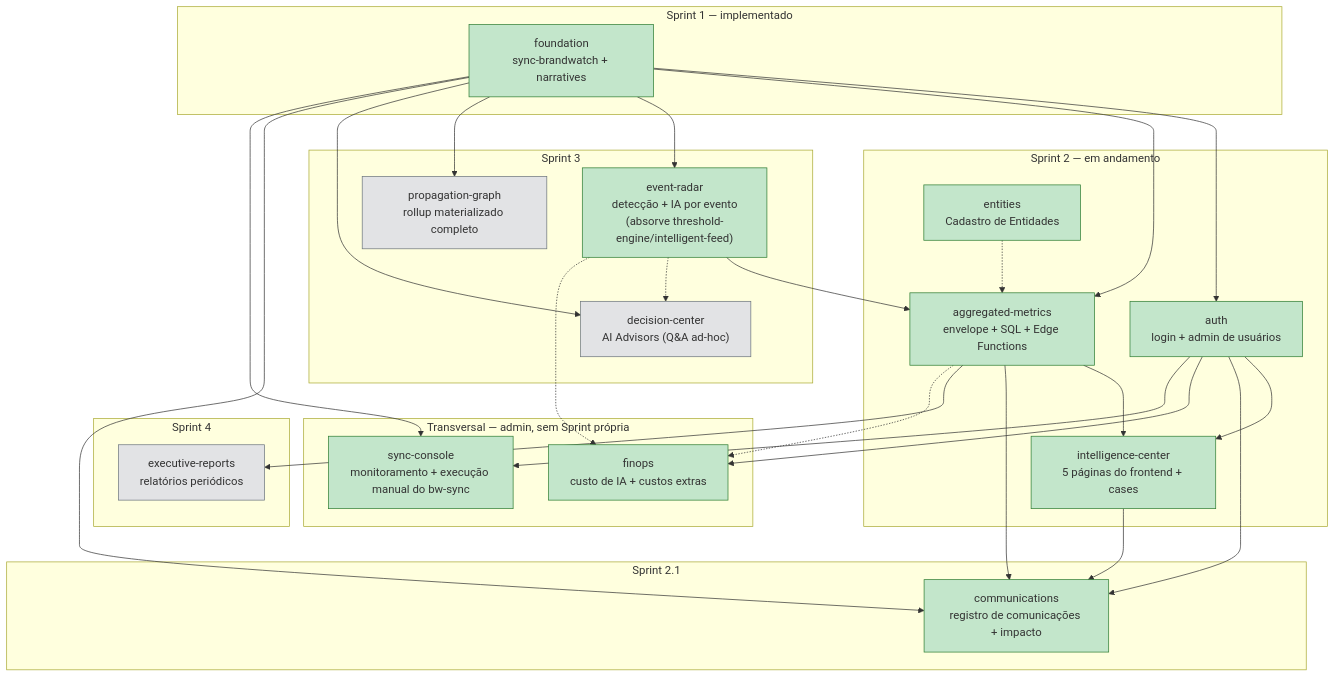
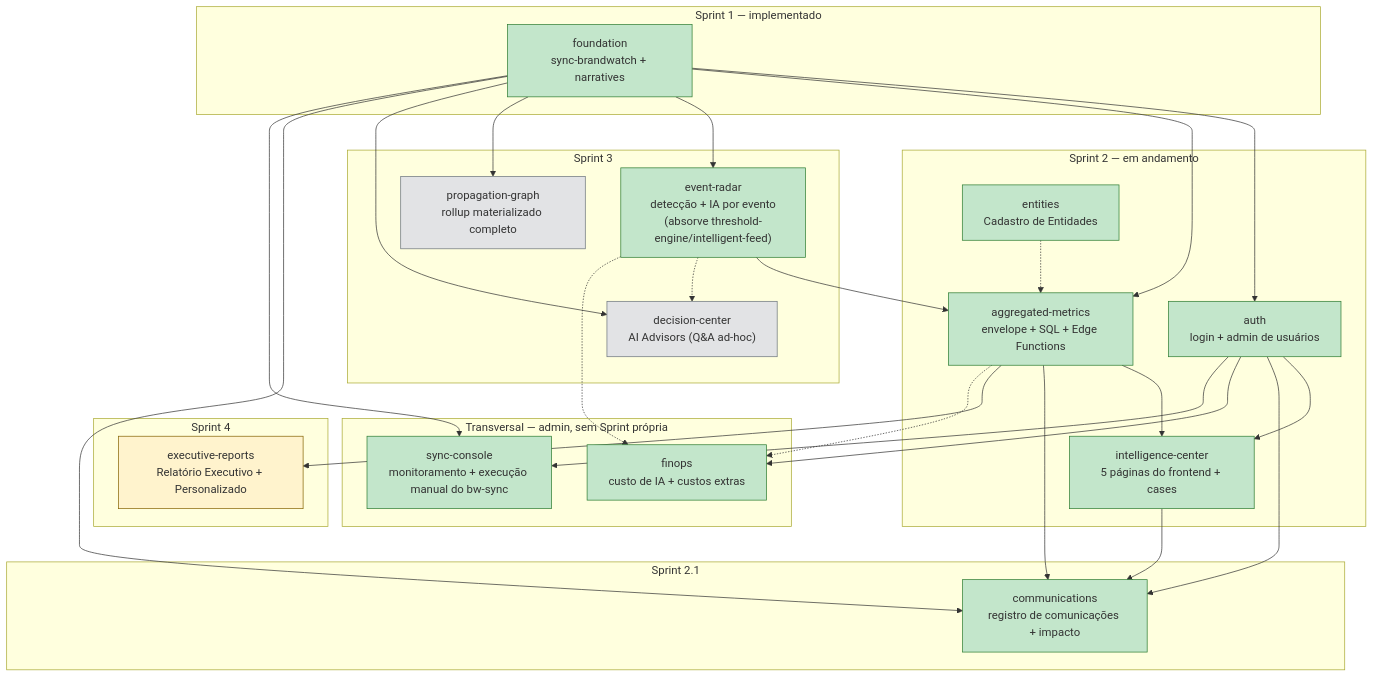
Before and after one commit to reputationcustom/dev-reputation: the diagram in .dev/specs/_architecture.md, drawn with Mermaid. The commit also changed other lines of this file and 25 other files, not shown here.

````diff
--- a/.dev/specs/_architecture.md
+++ b/.dev/specs/_architecture.md
@@ -20,72 +20,72 @@
 ```mermaid
 graph TD
     subgraph SPRINT1["Sprint 1 — implementado"]
         FOUNDATION["foundation<br/>sync-brandwatch + narratives"]
     end
 
     subgraph SPRINT2["Sprint 2 — em andamento"]
         AUTH["auth<br/>login + admin de usuários"]
         AGGMETRICS["aggregated-metrics<br/>envelope + SQL + Edge Functions"]
         INTEL["intelligence-center<br/>5 páginas do frontend + cases"]
         ENTITIES["entities<br/>Cadastro de Entidades"]
     end
 
     subgraph SPRINT2_1["Sprint 2.1"]
         COMMUNICATIONS["communications<br/>registro de comunicações + impacto"]
     end
 
     subgraph SPRINT3["Sprint 3"]
         EVENTRADAR["event-radar<br/>detecção + IA por evento<br/>(absorve threshold-engine/intelligent-feed)"]
         PROPGRAPH["propagation-graph<br/>rollup materializado completo"]
         DECISIONCENTER["decision-center<br/>AI Advisors (Q&A ad-hoc)"]
     end
 
     subgraph SPRINT4["Sprint 4"]
-        REPORTS["executive-reports<br/>relatórios periódicos"]
+        REPORTS["executive-reports<br/>Relatório Executivo + Personalizado"]
     end
 
     subgraph TRANSVERSAL["Transversal — admin, sem Sprint própria"]
         FINOPS["finops<br/>custo de IA + custos extras"]
         SYNCCONSOLE["sync-console<br/>monitoramento + execução manual do bw-sync"]
     end
 
     FOUNDATION --> AUTH
     FOUNDATION --> AGGMETRICS
     FOUNDATION --> EVENTRADAR
     FOUNDATION --> PROPGRAPH
     FOUNDATION --> DECISIONCENTER
 
     AUTH --> INTEL
     AGGMETRICS --> INTEL
     ENTITIES -.-> AGGMETRICS
 
     FOUNDATION --> COMMUNICATIONS
     AUTH --> COMMUNICATIONS
     AGGMETRICS --> COMMUNICATIONS
     INTEL --> COMMUNICATIONS
 
     EVENTRADAR --> AGGMETRICS
     EVENTRADAR -.-> DECISIONCENTER
 
     AGGMETRICS --> REPORTS
 
     AUTH --> FINOPS
     EVENTRADAR -.-> FINOPS
     AGGMETRICS -.-> FINOPS
 
     AUTH --> SYNCCONSOLE
     FOUNDATION --> SYNCCONSOLE
 
     style FOUNDATION fill:#c3e6cb,stroke:#2e7d32
     style AUTH fill:#c3e6cb,stroke:#2e7d32
     style AGGMETRICS fill:#c3e6cb,stroke:#2e7d32
     style INTEL fill:#c3e6cb,stroke:#2e7d32
     style ENTITIES fill:#c3e6cb,stroke:#2e7d32
     style COMMUNICATIONS fill:#c3e6cb,stroke:#2e7d32
     style EVENTRADAR fill:#c3e6cb,stroke:#2e7d32
     style PROPGRAPH fill:#e2e3e5,stroke:#6c757d
     style DECISIONCENTER fill:#e2e3e5,stroke:#6c757d
-    style REPORTS fill:#e2e3e5,stroke:#6c757d
+    style REPORTS fill:#fff3cd,stroke:#856404
     style FINOPS fill:#c3e6cb,stroke:#2e7d32
     style SYNCCONSOLE fill:#c3e6cb,stroke:#2e7d32
 ```
````
